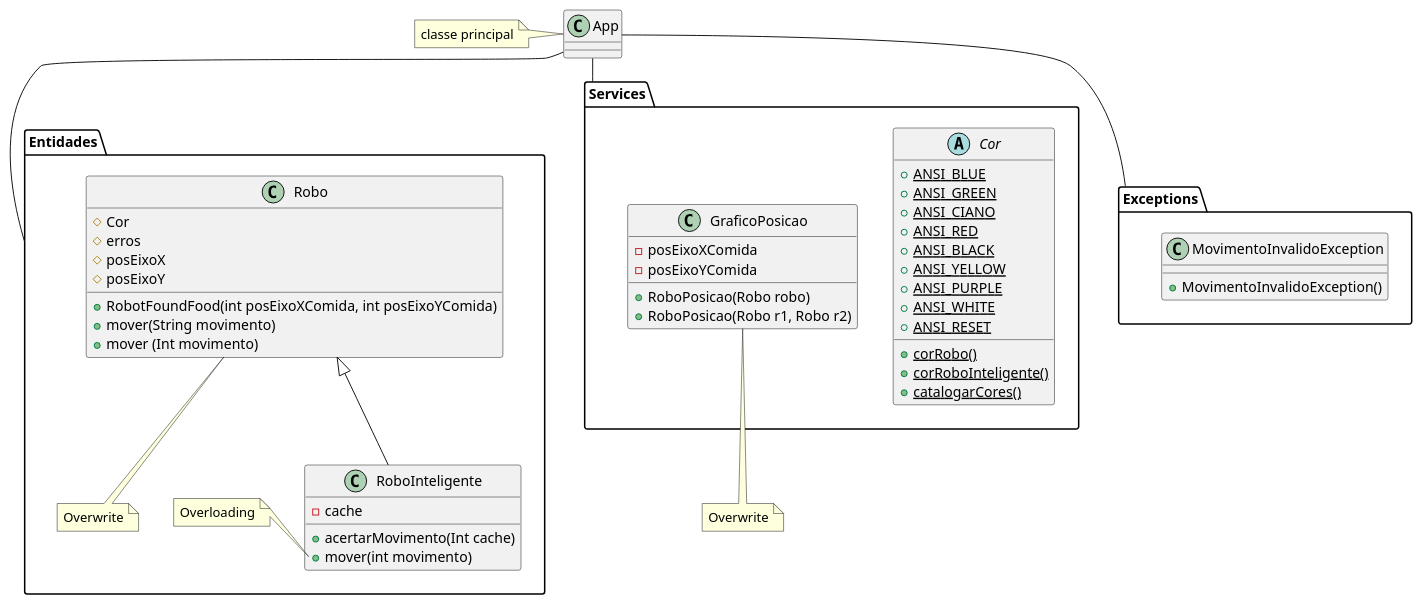
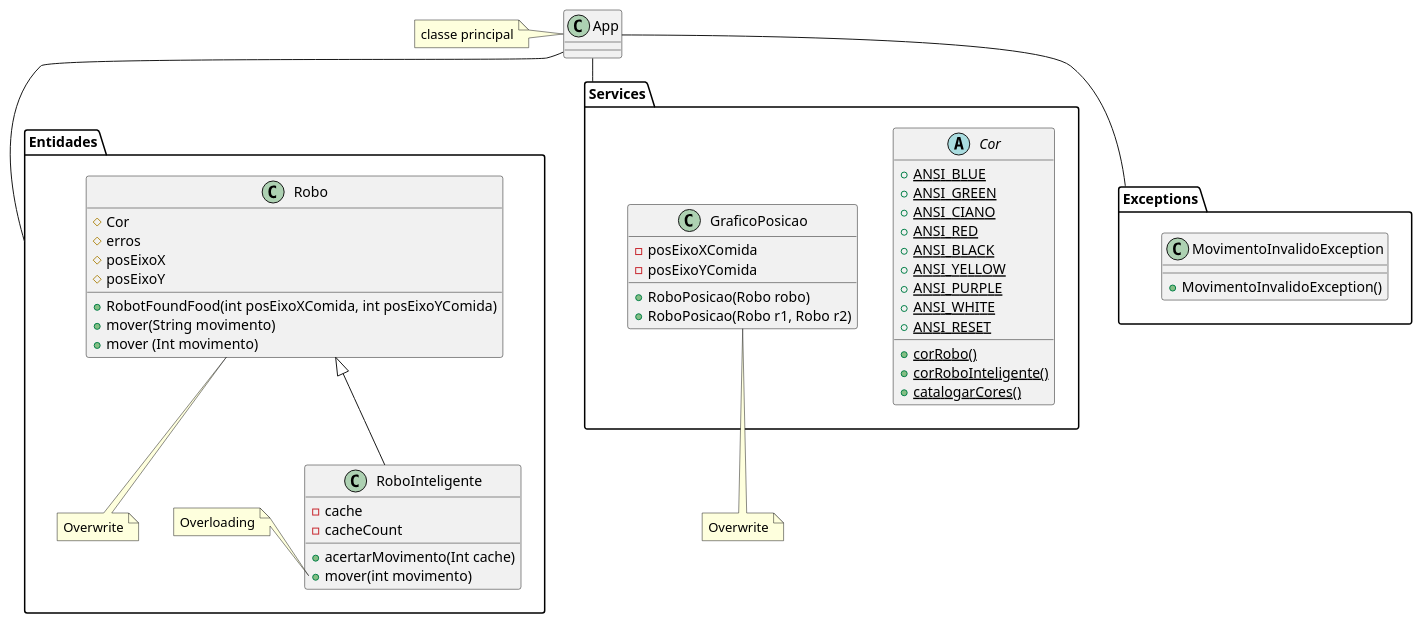
One commit to Dutra-fran/OOP-Project-01 changed the diagram in Diagram.puml. Above: the diagram before and after it, drawn with PlantUML. The commit also changed 1 other file, not shown here.

Commit message:
New Diagram

```diff
--- a/Diagram.puml
+++ b/Diagram.puml
@@ -1,67 +1,68 @@
 @startuml 'Diagram'
 
 namespace Entidades {
     class Robo {
         # Cor
         # erros
         # posEixoX
         # posEixoY
         + RobotFoundFood(int posEixoXComida, int posEixoYComida)
         + mover(String movimento)
         + mover (Int movimento)
         
     
     }
     note bottom: Overwrite
     Robo <|-- RoboInteligente
 
     class RoboInteligente{
         - cache
+        - cacheCount
         + acertarMovimento(Int cache)
         + mover(int movimento)
     }
     note left of RoboInteligente::mover 
     Overloading
     end note
 }
 
 namespace Services {
     abstract class Cor{
         {static}+ANSI_BLUE
         {static}+ANSI_GREEN
         {static}+ANSI_CIANO
         {static}+ANSI_RED
         {static}+ANSI_BLACK
         {static}+ANSI_YELLOW
         {static}+ANSI_PURPLE
         {static}+ANSI_WHITE
         {static}+ANSI_RESET
         {static}+corRobo()
         {static}+corRoboInteligente()
         {static}+catalogarCores() 
     }
     class GraficoPosicao{
         - posEixoXComida
         - posEixoYComida
         + RoboPosicao(Robo robo)
         + RoboPosicao(Robo r1, Robo r2)
     }
 }
     note bottom: Overwrite
 
 namespace Exceptions{
 
     class MovimentoInvalidoException{
     + MovimentoInvalidoException()
     }
 }
 
 class App
     note left: classe principal
 
 App--Entidades
 App--Exceptions
 App--Services
 
 
 @enduml
```
